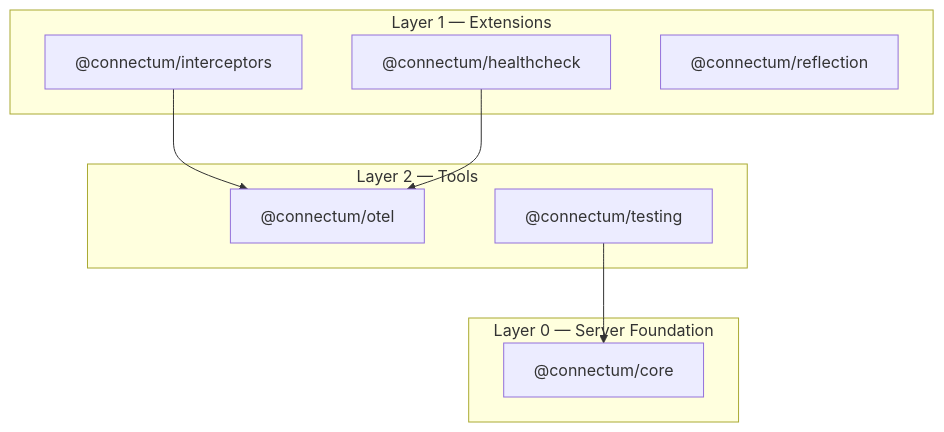
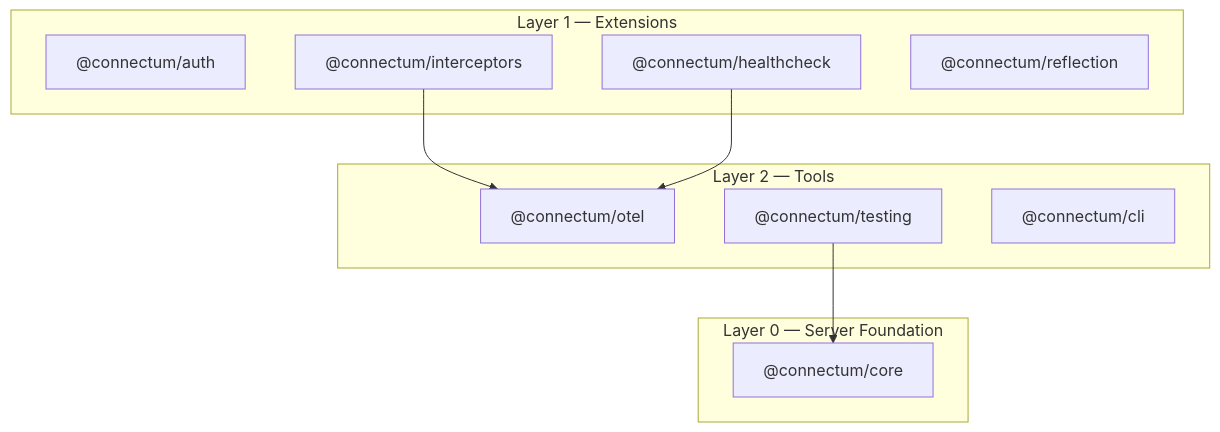
The diagram in en/guide/advanced/architecture.md (Connectum-Framework/docs), drawn with Mermaid before and after one commit. The commit also changed other lines of this file and 15 other files, not shown here.

First line of the commit message:
docs(auth): add package page, update architecture, remove magic numbers

````diff
--- a/en/guide/advanced/architecture.md
+++ b/en/guide/advanced/architecture.md
@@ -12,21 +12,23 @@
 ```mermaid
 graph TD
   subgraph "Layer 2 — Tools"
     OTEL["@connectum/otel"]
     TESTING["@connectum/testing"]
+    CLI["@connectum/cli"]
   end
 
   subgraph "Layer 1 — Extensions"
+    AUTH["@connectum/auth"]
     INTERCEPTORS["@connectum/interceptors"]
     HEALTHCHECK["@connectum/healthcheck"]
     REFLECTION["@connectum/reflection"]
   end
 
   subgraph "Layer 0 — Server Foundation"
     CORE["@connectum/core"]
   end
 
   TESTING --> CORE
   INTERCEPTORS --> OTEL
   HEALTHCHECK --> OTEL
 ```
````
